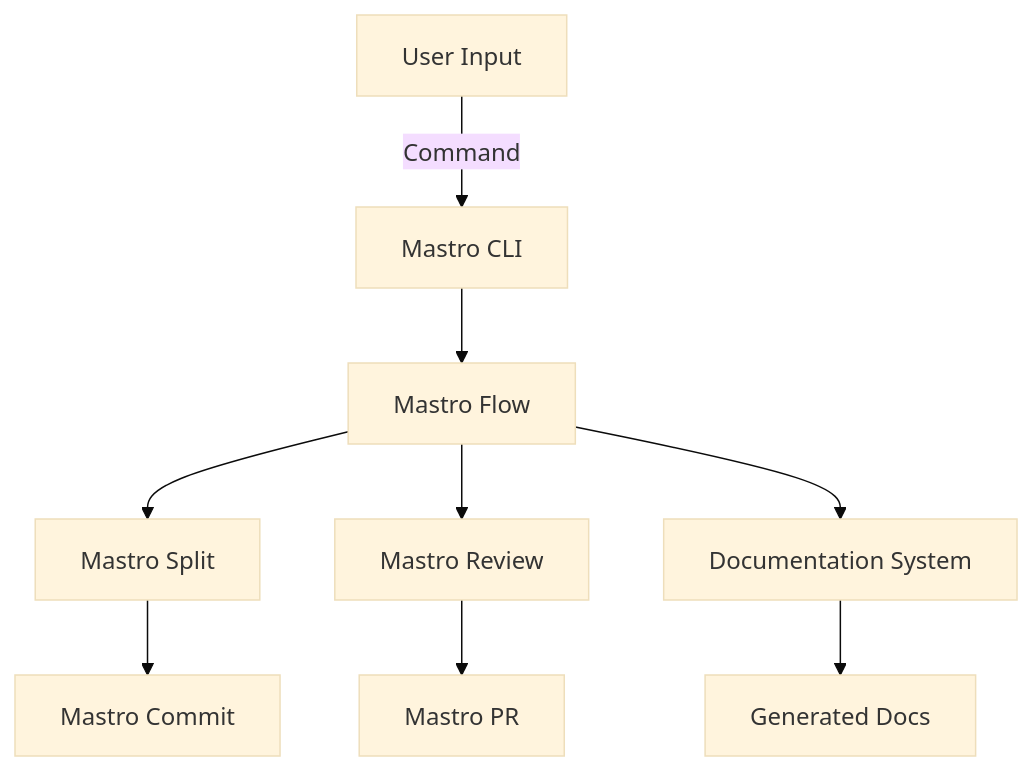
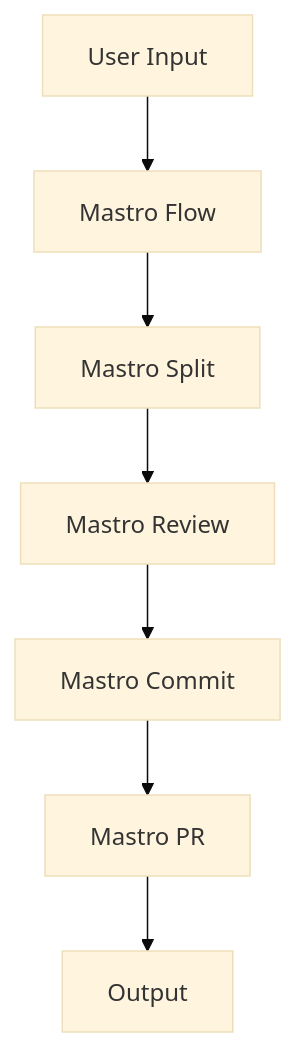
One commit to geogoesbeepboop/mastro changed the third of 3 diagrams in docs/ARCHITECTURE.md. Above: the diagram before and after it, drawn with Mermaid (base theme). The commit also changed other lines of this file and 6 other files, not shown here.

````diff
--- a/docs/ARCHITECTURE.md
+++ b/docs/ARCHITECTURE.md
@@ -146,11 +145,9 @@
 ```mermaid
 graph TD;
-    A[User Input] -->|Command| B[Mastro CLI];
-    B --> C[Mastro Flow];
-    C --> D[Mastro Split];
-    C --> E[Mastro Review];
-    D --> F[Mastro Commit];
-    E --> G[Mastro PR];
-    C --> H[Documentation System];
-    H --> I[Generated Docs];
+    A[User Input] --> B[Mastro Flow];
+    B --> C[Mastro Split];
+    C --> D[Mastro Review];
+    D --> E[Mastro Commit];
+    E --> F[Mastro PR];
+    F --> G[Output];
 ```
````
